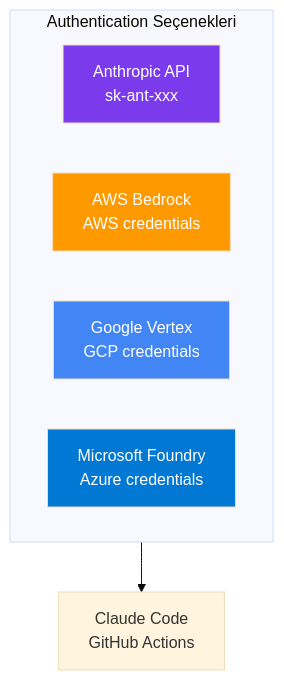
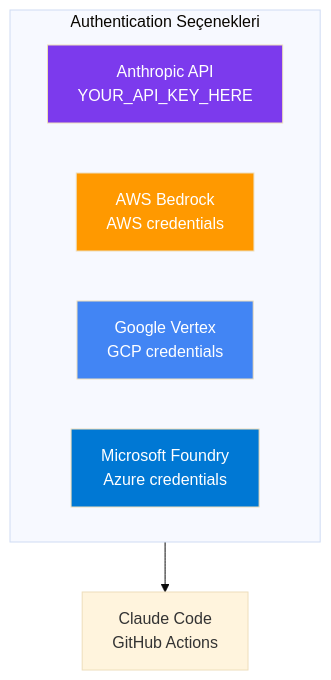
The fourth of 5 diagrams in 16-cicd-ve-devops/01-github-actions.md (IzzetYasinAtes/ClaudeCodeHandbook), drawn with Mermaid (base theme) before and after one commit. The commit also changed other lines of this file and 145 other files, not shown here.

Commit message:
Updated README and various markdown files to enhance readability by replacing newline characters with HTML line breaks in flowcharts and diagrams. This improves the visual presentation of content related to AI fundamentals, large language models, and their applications.

````diff
--- a/16-cicd-ve-devops/01-github-actions.md
+++ b/16-cicd-ve-devops/01-github-actions.md
@@ -195,16 +195,16 @@
 ```mermaid
 flowchart TB
     subgraph auth ["Authentication Seçenekleri"]
-        A1["Anthropic API\nsk-ant-xxx"]
-        A2["AWS Bedrock\nAWS credentials"]
-        A3["Google Vertex\nGCP credentials"]
-        A4["Microsoft Foundry\nAzure credentials"]
+        A1["Anthropic API<br/>YOUR_API_KEY_HERE"]
+        A2["AWS Bedrock<br/>AWS credentials"]
+        A3["Google Vertex<br/>GCP credentials"]
+        A4["Microsoft Foundry<br/>Azure credentials"]
     end
 
-    auth --> CC["Claude Code\nGitHub Actions"]
+    auth --> CC["Claude Code<br/>GitHub Actions"]
 
     style A1 fill:#7C3AED,color:#fff
     style A2 fill:#FF9900,color:#fff
     style A3 fill:#4285F4,color:#fff
     style A4 fill:#0078D4,color:#fff
 ```
````
